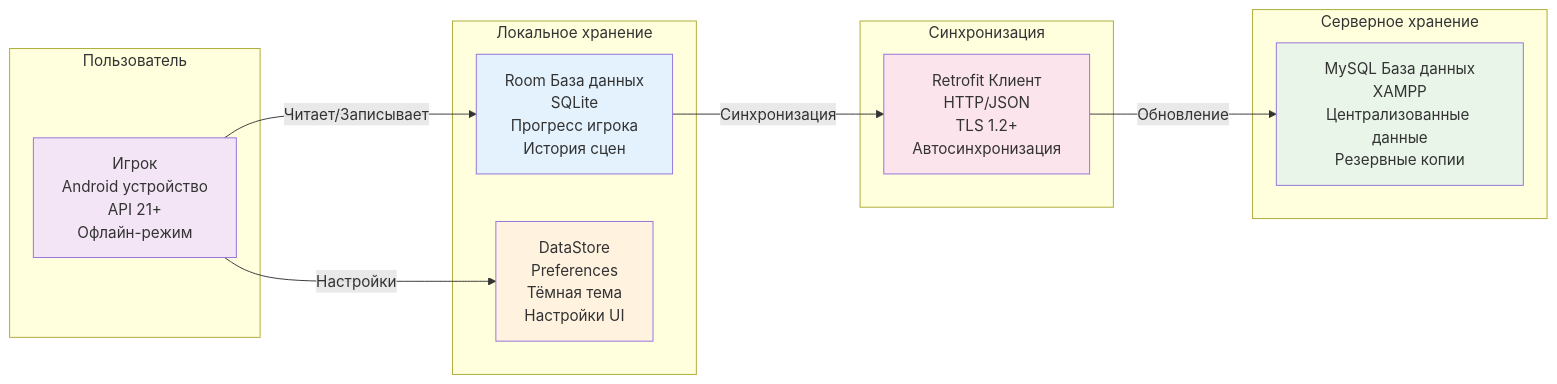
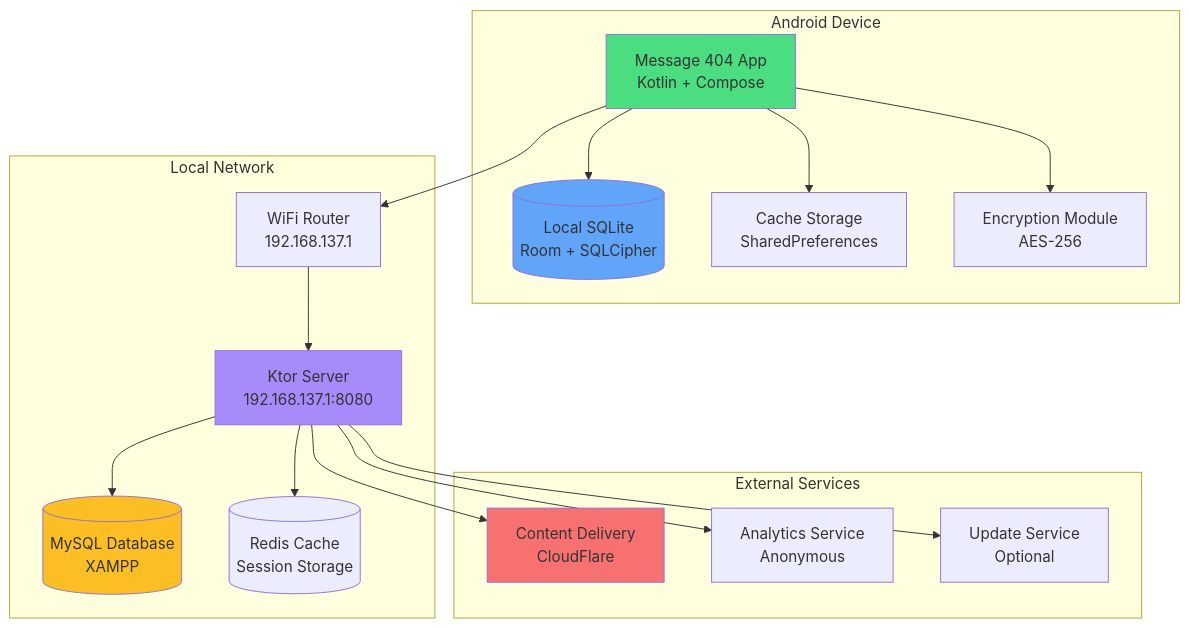
Before and after one commit to Angel-Energy/diplom-: the eighth of 11 diagrams in ALL_DIAGRAMS.md, drawn with Mermaid. The commit also changed other lines of this file and 247 other files, not shown here.

````diff
--- a/ALL_DIAGRAMS.md
+++ b/ALL_DIAGRAMS.md
@@ -368,25 +343,39 @@
 ```mermaid
-graph LR
-    subgraph "Локальное хранение"
-        A[Room База данных<br/>SQLite<br/>Прогресс игрока<br/>История сцен]
-        E[DataStore<br/>Preferences<br/>Тёмная тема<br/>Настройки UI]
+graph TB
+    subgraph "Android Device"
+        App[Message 404 App<br/>Kotlin + Compose]
+        LocalDB[(Local SQLite<br/>Room + SQLCipher)]
+        Cache[Cache Storage<br/>SharedPreferences]
+        Encrypt[Encryption Module<br/>AES-256]
     end
-    subgraph "Серверное хранение"
-        C[MySQL База данных<br/>XAMPP<br/>Централизованные данные<br/>Резервные копии]
+    
+    subgraph "Local Network"
+        Router[WiFi Router<br/>192.168.137.1]
+        Server[Ktor Server<br/>192.168.137.1:8080]
+        MySQL[(MySQL Database<br/>XAMPP)]
+        Redis[(Redis Cache<br/>Session Storage)]
     end
-    subgraph "Пользователь"
-        F[Игрок<br/>Android устройство<br/>API 21+<br/>Офлайн-режим]
+    
+    subgraph "External Services"
+        CDN[Content Delivery<br/>CloudFlare]
+        Analytics[Analytics Service<br/>Anonymous]
+        Updates[Update Service<br/>Optional]
     end
-    subgraph "Синхронизация"
-        G[Retrofit Клиент<br/>HTTP/JSON<br/>TLS 1.2+<br/>Автосинхронизация]
-    end
-    F -->|Читает/Записывает| A
-    F -->|Настройки| E
-    A -->|Синхронизация| G
-    G -->|Обновление| C
-    style A fill:#e3f2fd
-    style E fill:#fff3e0
-    style C fill:#e8f5e8
-    style F fill:#f3e5f5
-    style G fill:#fce4ec
+    
+    App --> LocalDB
+    App --> Cache
+    App --> Encrypt
+    App --> Router
+    Router --> Server
+    Server --> MySQL
+    Server --> Redis
+    Server --> CDN
+    Server --> Analytics
+    Server --> Updates
+    
+    style App fill:#4ade80
+    style LocalDB fill:#60a5fa
+    style Server fill:#a78bfa
+    style MySQL fill:#fbbf24
+    style CDN fill:#f87171
 ```
````
